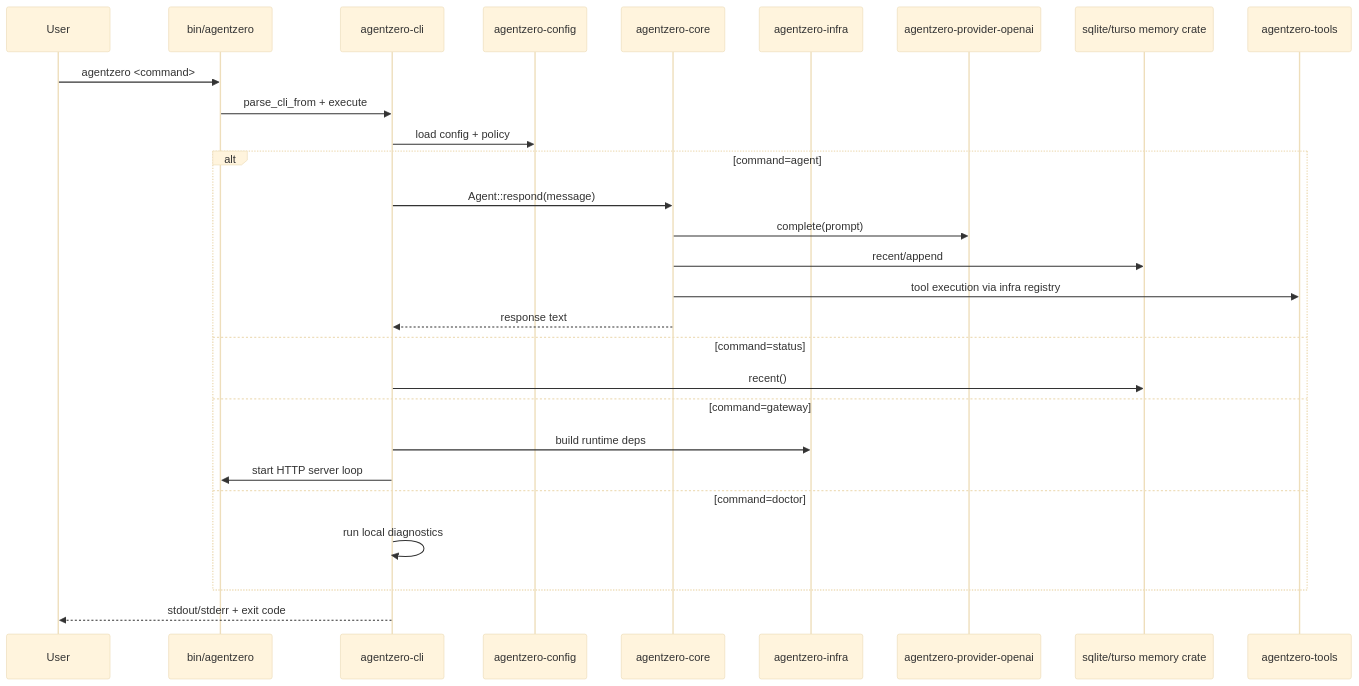
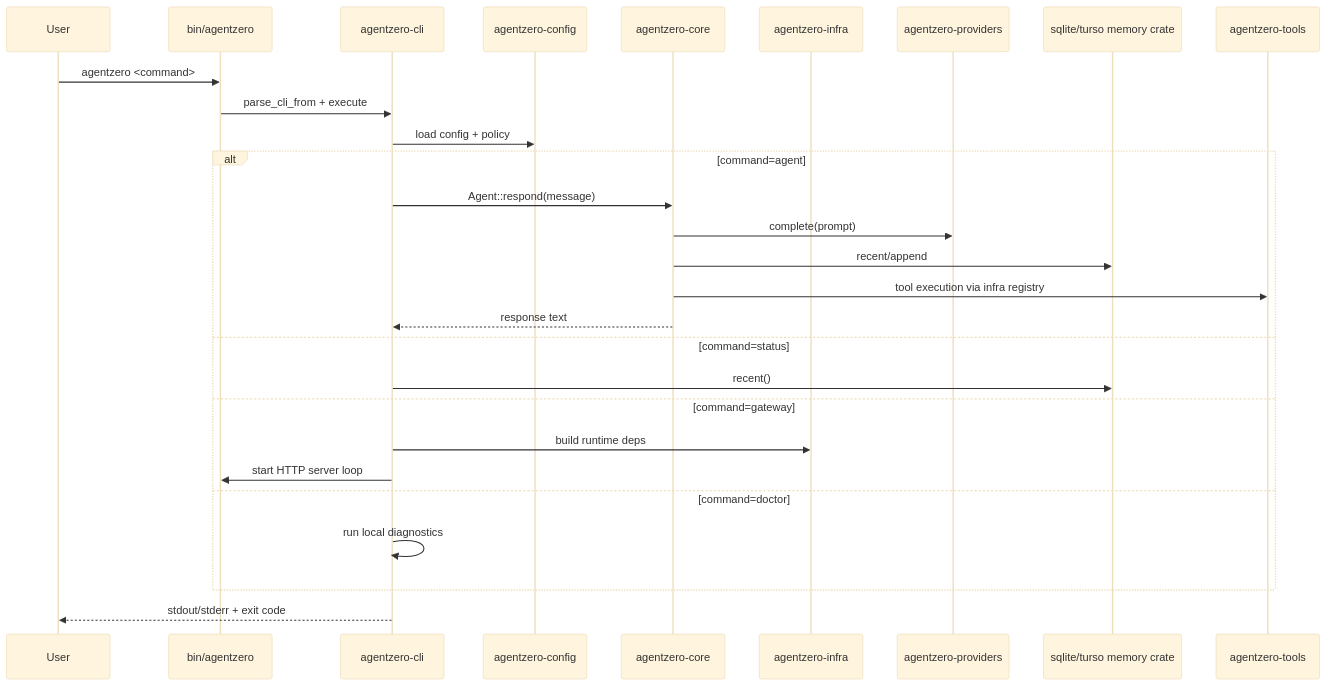
One commit to auser/agentzero changed the second of 2 diagrams in docs/ARCHITECTURE.md. Above: the diagram before and after it, drawn with Mermaid (base theme). The commit also changed other lines of this file and 79 other files, not shown here.

Commit message:
feat: advance CLI, gateway, auth, and storage architecture

````diff
--- a/docs/ARCHITECTURE.md
+++ b/docs/ARCHITECTURE.md
@@ -30,31 +35,31 @@
 ```mermaid
 sequenceDiagram
     participant User
     participant Bin as bin/agentzero
     participant CLI as agentzero-cli
     participant Config as agentzero-config
     participant Core as agentzero-core
     participant Infra as agentzero-infra
-    participant Provider as agentzero-provider-openai
+    participant Provider as agentzero-providers
     participant Memory as sqlite/turso memory crate
     participant Tools as agentzero-tools
 
     User->>Bin: agentzero <command>
     Bin->>CLI: parse_cli_from + execute
     CLI->>Config: load config + policy
     alt command=agent
         CLI->>Core: Agent::respond(message)
         Core->>Provider: complete(prompt)
         Core->>Memory: recent/append
         Core->>Tools: tool execution via infra registry
         Core-->>CLI: response text
     else command=status
         CLI->>Memory: recent()
     else command=gateway
         CLI->>Infra: build runtime deps
         CLI->>Bin: start HTTP server loop
     else command=doctor
         CLI->>CLI: run local diagnostics
     end
     CLI-->>User: stdout/stderr + exit code
 ```
````
